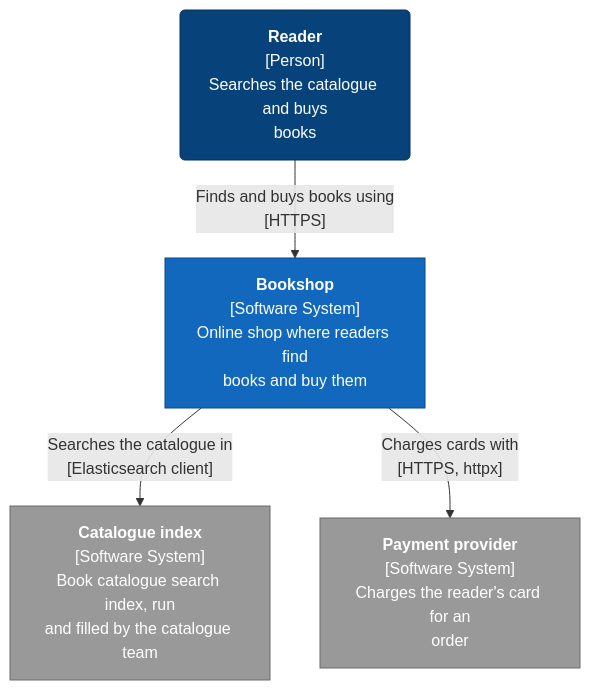
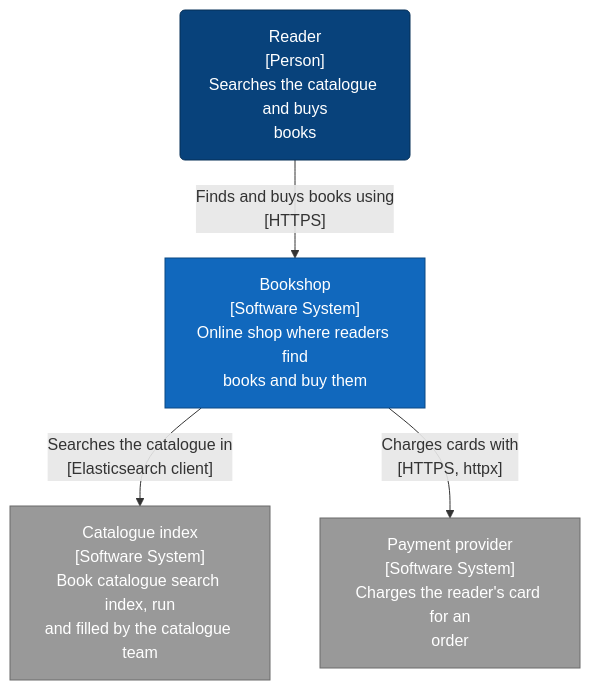
One commit to ythalorossy/architecture-skills changed the first of 8 diagrams in examples/bookshop/ArchitectureReport.md. Above: the diagram before and after it, drawn with Mermaid. The commit also changed other lines of this file and 51 other files, not shown here.

First line of the commit message:
fix(render): plain diagram labels keep the characters in code names

````diff
--- a/examples/bookshop/ArchitectureReport.md
+++ b/examples/bookshop/ArchitectureReport.md
@@ -49,34 +49,19 @@
 ```mermaid
 flowchart TB
-    reader("`**Reader**
-[Person]
-Searches the catalogue and buys
-books`")
-    system["`**Bookshop**
-[Software System]
-Online shop where readers find
-books and buy them`"]
-    ext_payments_example["`**Payment provider**
-[Software System]
-Charges the reader's card for an
-order`"]
-    db_elasticsearch["`**Catalogue index**
-[Software System]
-Book catalogue search index, run
-and filled by the catalogue team`"]
-    reader -->|"`Finds and buys books using
-[HTTPS]`"| system
-    system -->|"`Searches the catalogue in
-[Elasticsearch client]`"| db_elasticsearch
-    system -->|"`Charges cards with
-[HTTPS, httpx]`"| ext_payments_example
+    reader("Reader<br/>[Person]<br/>Searches the catalogue and buys<br/>books")
+    system["Bookshop<br/>[Software System]<br/>Online shop where readers find<br/>books and buy them"]
+    ext_payments_example["Payment provider<br/>[Software System]<br/>Charges the reader's card for an<br/>order"]
+    db_elasticsearch["Catalogue index<br/>[Software System]<br/>Book catalogue search index, run<br/>and filled by the catalogue team"]
+    reader -->|"Finds and buys books using<br/>[HTTPS]"| system
+    system -->|"Searches the catalogue in<br/>[Elasticsearch client]"| db_elasticsearch
+    system -->|"Charges cards with<br/>[HTTPS, httpx]"| ext_payments_example
     classDef person fill:#08427b,stroke:#052e56,color:#ffffff
     classDef container fill:#1168bd,stroke:#0b4884,color:#ffffff
     classDef system fill:#1168bd,stroke:#0b4884,color:#ffffff
     classDef component fill:#85bbf0,stroke:#5d82a8,color:#000000
     classDef external fill:#999999,stroke:#6b6b6b,color:#ffffff
     classDef shared fill:#dbe9f6,stroke:#5d82a8,color:#000000,stroke-dasharray:4 3
     class reader person
     class system system
     class ext_payments_example,db_elasticsearch external
 ```
````
